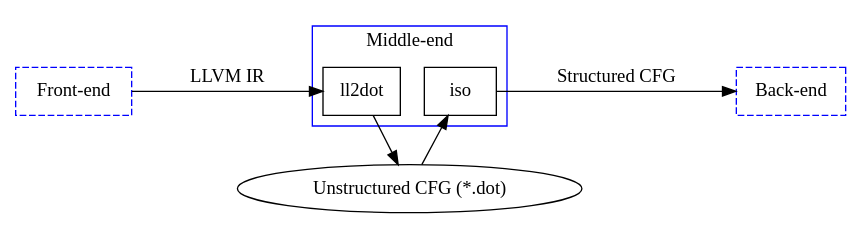
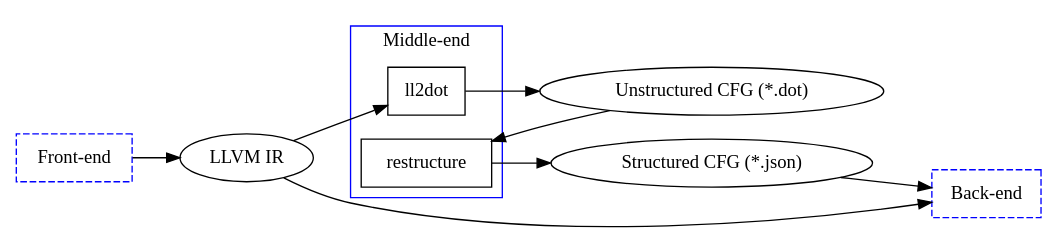
Before and after one commit to decomp/doc: the diagram in inc/middle-end.dot, drawn with Graphviz. The commit also changed 7 other files, not shown here.

Commit message:
inc: Refer to restructure instead of iso in design figures.

```diff
--- a/inc/middle-end.dot
+++ b/inc/middle-end.dot
@@ -1,30 +1,35 @@
 digraph G {
-	newrank=true
+	rankdir=LR
 
 	// Front-end
 	Front [label="Front-end" shape=box style=dashed color=blue]
 
 	// Middle-end
 	subgraph cluster {
 		label="Middle-end"
 		color=blue
 		ll2dot [label="ll2dot" shape=box]
-		iso [label="iso" shape=box]
+		restructure [label="restructure" shape=box]
 	}
-
-	// Temporary output.
-	tmp [label="Unstructured CFG (*.dot)"]
 
 	// Back-end
 	Back [label="Back-end" shape=box style=dashed color=blue]
 
+	// Temporary output.
+	tmpll [label="LLVM IR"]
+	tmpdot [label="Unstructured CFG (*.dot)"]
+	tmpjson [label="Structured CFG (*.json)"]
+
 	// Front-end -> middle-end
-	Front -> ll2dot [label="LLVM IR" minlen=4]
+	Front -> tmpll
+	tmpll -> ll2dot
+
+	// Front-end -> back-end
+	tmpll -> Back
 
 	// Middle-end -> back-end
-	ll2dot -> tmp
-	tmp -> iso
-	iso -> Back [label="Structured CFG" minlen=5]
-
-	{rank=same Front ll2dot iso Back}
+	ll2dot -> tmpdot
+	tmpdot -> restructure
+	restructure -> tmpjson
+	tmpjson -> Back
 }
```
